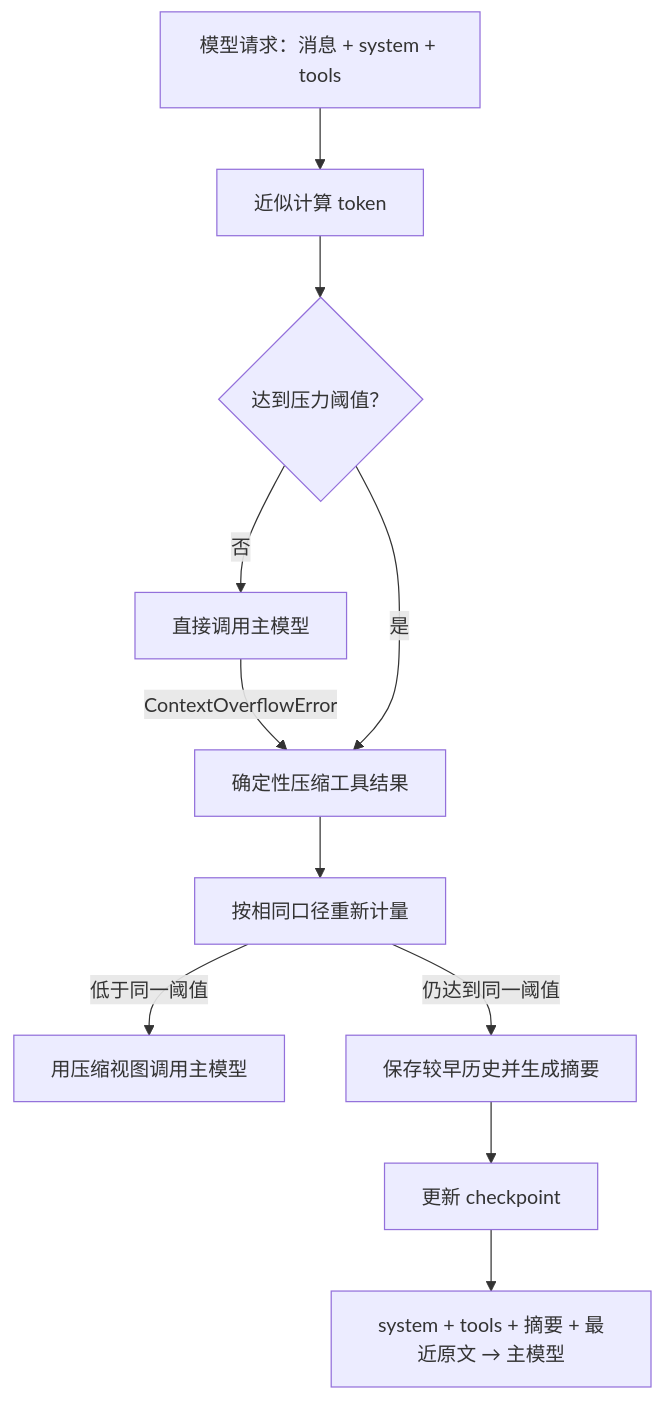
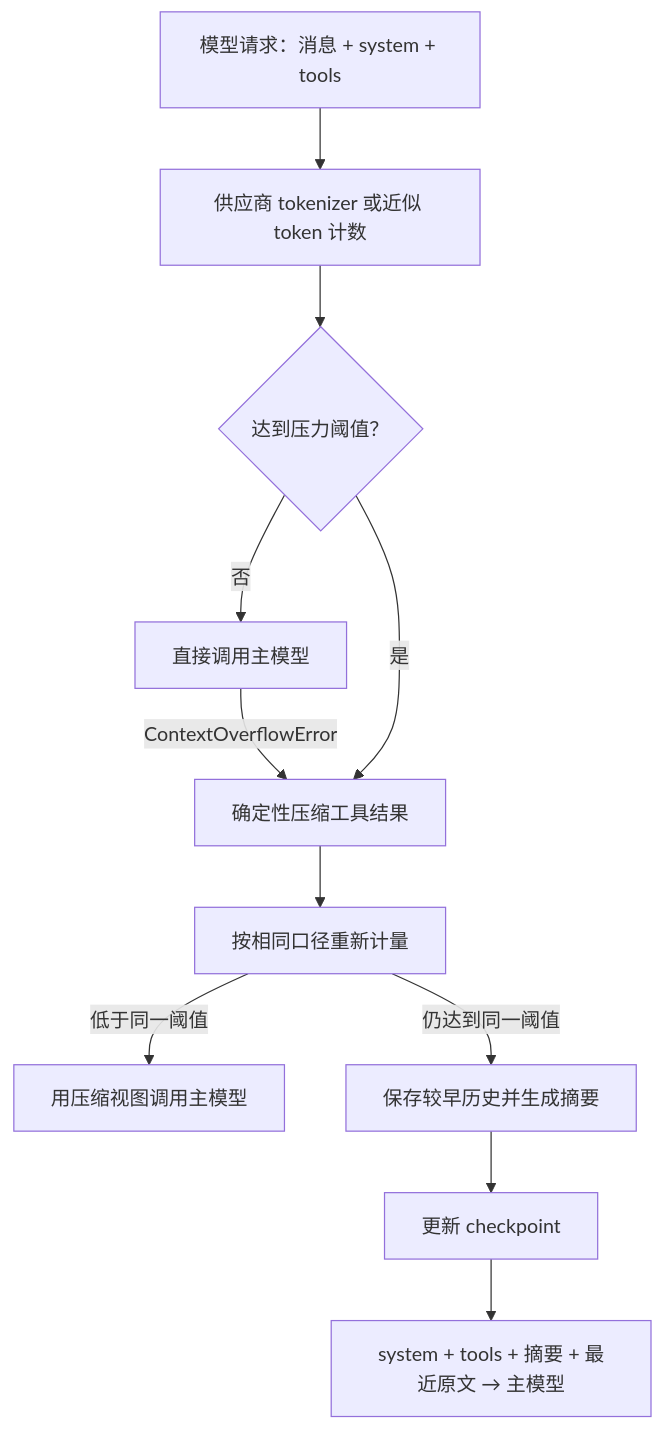
One commit to q544891464/yuxi changed the diagram in docs/mechanisms/context-compression.md. Above: the diagram before and after it, drawn with Mermaid. The commit also changed other lines of this file and 12 other files, not shown here.

````diff
--- a/docs/mechanisms/context-compression.md
+++ b/docs/mechanisms/context-compression.md
@@ -13,13 +13,13 @@
 ```mermaid
 flowchart TD
-    Request["模型请求：消息 + system + tools"] --> Count["近似计算 token"]
+    Request["模型请求：消息 + system + tools"] --> Count["供应商 tokenizer 或近似 token 计数"]
     Count --> Entry{"达到压力阈值？"}
     Entry -- "否" --> Model["直接调用主模型"]
     Model -- "ContextOverflowError" --> Compact["确定性压缩工具结果"]
     Entry -- "是" --> Compact
     Compact --> Recount["按相同口径重新计量"]
     Recount -- "低于同一阈值" --> ModelCompact["用压缩视图调用主模型"]
     Recount -- "仍达到同一阈值" --> Summary["保存较早历史并生成摘要"]
     Summary --> State["更新 checkpoint"]
     State --> ModelSummary["system + tools + 摘要 + 最近原文 → 主模型"]
 ```
````
